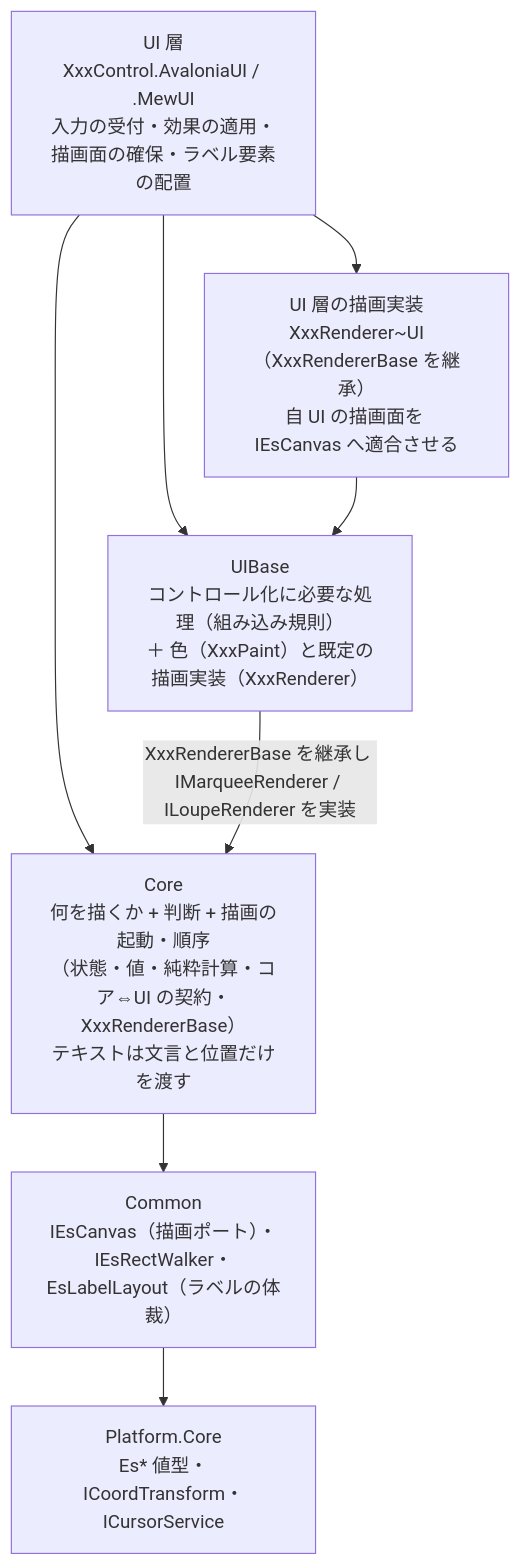
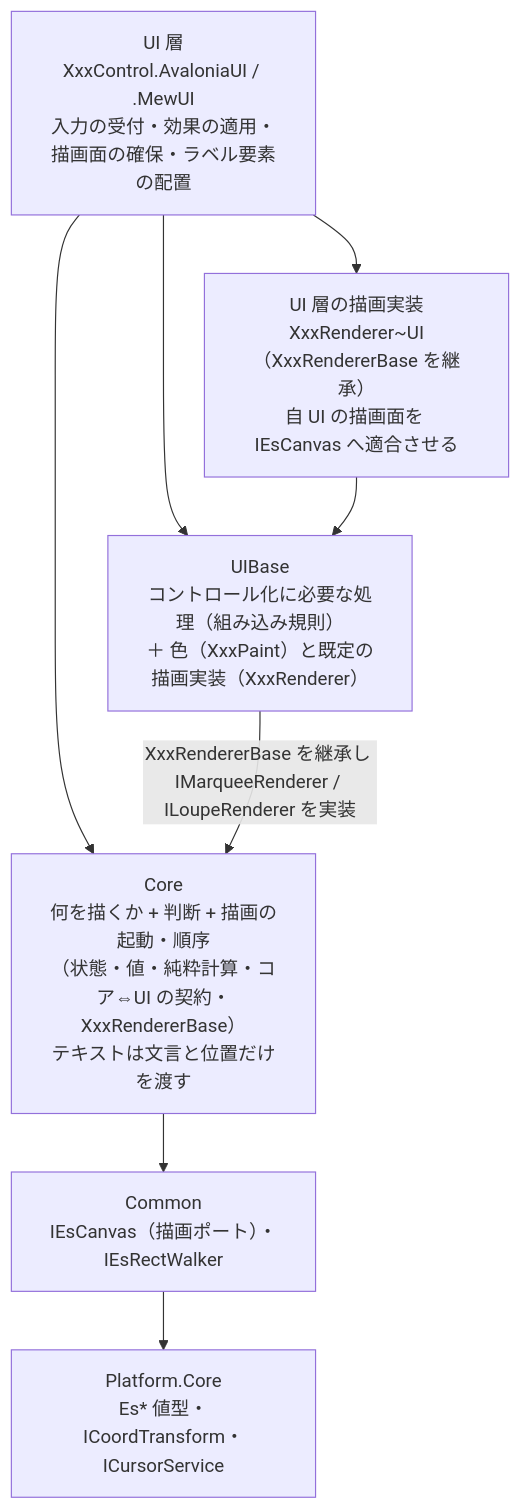
The second of 2 diagrams in src/README.md (tomokuni/SaveEvidence), drawn with Mermaid before and after one commit. The commit also changed other lines of this file and 74 other files, not shown here.

````diff
--- a/src/README.md
+++ b/src/README.md
@@ -29,14 +29,14 @@
 ```mermaid
 flowchart TB
     UI["UI 層<br/>XxxControl.AvaloniaUI / .MewUI<br/>入力の受付・効果の適用・描画面の確保・ラベル要素の配置"]
     UIR["UI 層の描画実装<br/>XxxRenderer~UI（XxxRendererBase を継承）<br/>自 UI の描画面を IEsCanvas へ適合させる"]
     UB["UIBase<br/>コントロール化に必要な処理（組み込み規則）<br/>＋ 色（XxxPaint）と既定の描画実装（XxxRenderer）"]
     CORE["Core<br/>何を描くか + 判断 + 描画の起動・順序<br/>（状態・値・純粋計算・コア⇔UI の契約・XxxRendererBase）<br/>テキストは文言と位置だけを渡す"]
     UI --> UIR
     UI --> UB
     UI --> CORE
     UIR --> UB
     UB -->|XxxRendererBase を継承し IMarqueeRenderer / ILoupeRenderer を実装| CORE
-    CORE --> CM["Common<br/>IEsCanvas（描画ポート）・IEsRectWalker・EsLabelLayout（ラベルの体裁）"]
+    CORE --> CM["Common<br/>IEsCanvas（描画ポート）・IEsRectWalker"]
     CM --> PC["Platform.Core<br/>Es* 値型・ICoordTransform・ICursorService"]
 ```
````
